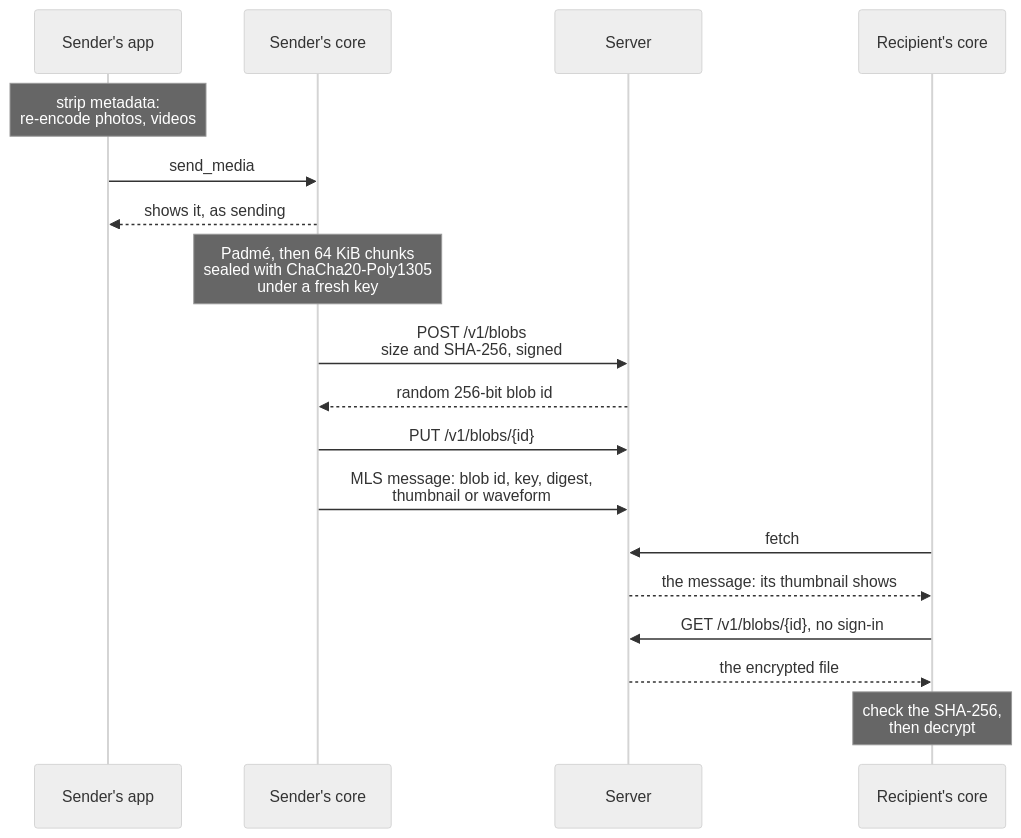
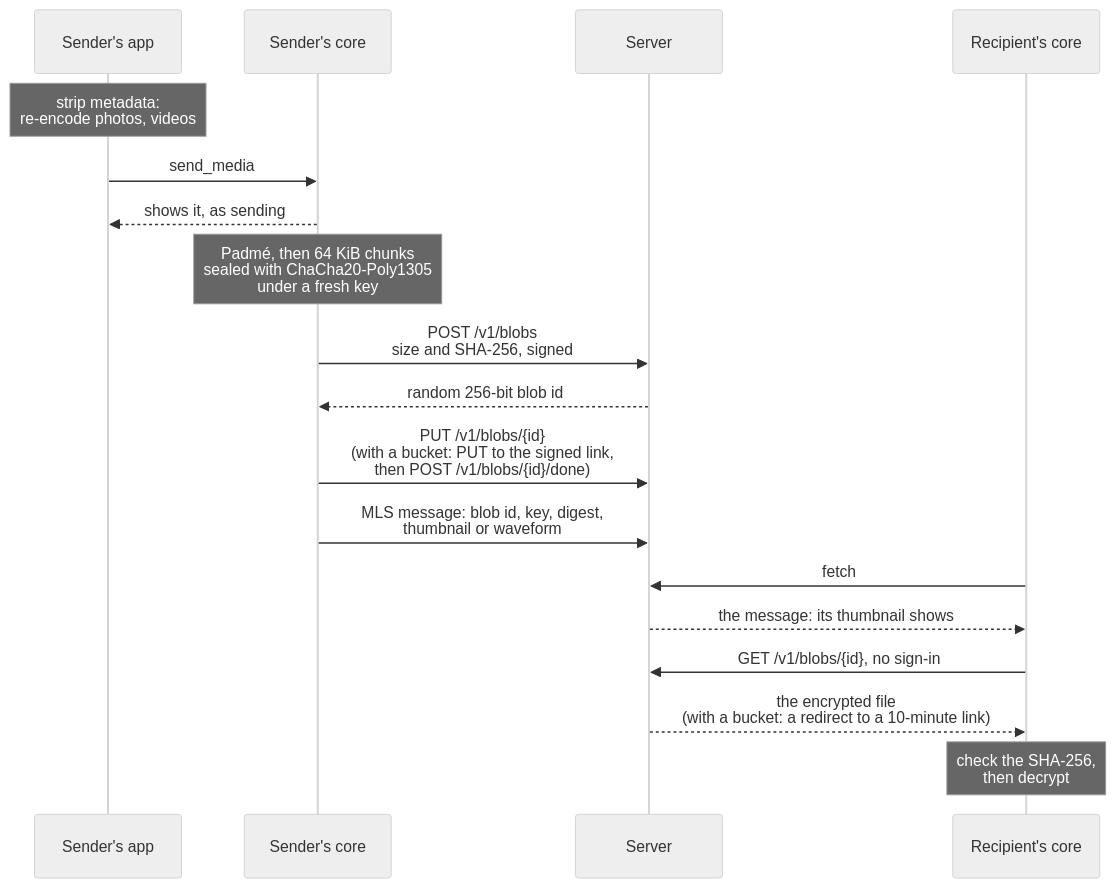
The seventh of 8 diagrams in README.md (ethchor/messenger), drawn with Mermaid (neutral theme) before and after one commit. The commit also changed other lines of this file and 17 other files, not shown here.

````diff
--- a/README.md
+++ b/README.md
@@ -191,20 +191,20 @@
 ```mermaid
 sequenceDiagram
     participant App as Sender's app
     participant C as Sender's core
     participant S as Server
     participant R as Recipient's core
     Note over App: strip metadata:<br/>re-encode photos, videos
     App->>C: send_media
     C-->>App: shows it, as sending
     Note over C: Padmé, then 64 KiB chunks<br/>sealed with ChaCha20-Poly1305<br/>under a fresh key
     C->>S: POST /v1/blobs<br/>size and SHA-256, signed
     S-->>C: random 256-bit blob id
-    C->>S: PUT /v1/blobs/{id}
+    C->>S: PUT /v1/blobs/{id}<br/>(with a bucket: PUT to the signed link,<br/>then POST /v1/blobs/{id}/done)
     C->>S: MLS message: blob id, key, digest,<br/>thumbnail or waveform
     R->>S: fetch
     S-->>R: the message: its thumbnail shows
     R->>S: GET /v1/blobs/{id}, no sign-in
-    S-->>R: the encrypted file
+    S-->>R: the encrypted file<br/>(with a bucket: a redirect to a 10-minute link)
     Note over R: check the SHA-256,<br/>then decrypt
 ```
````
